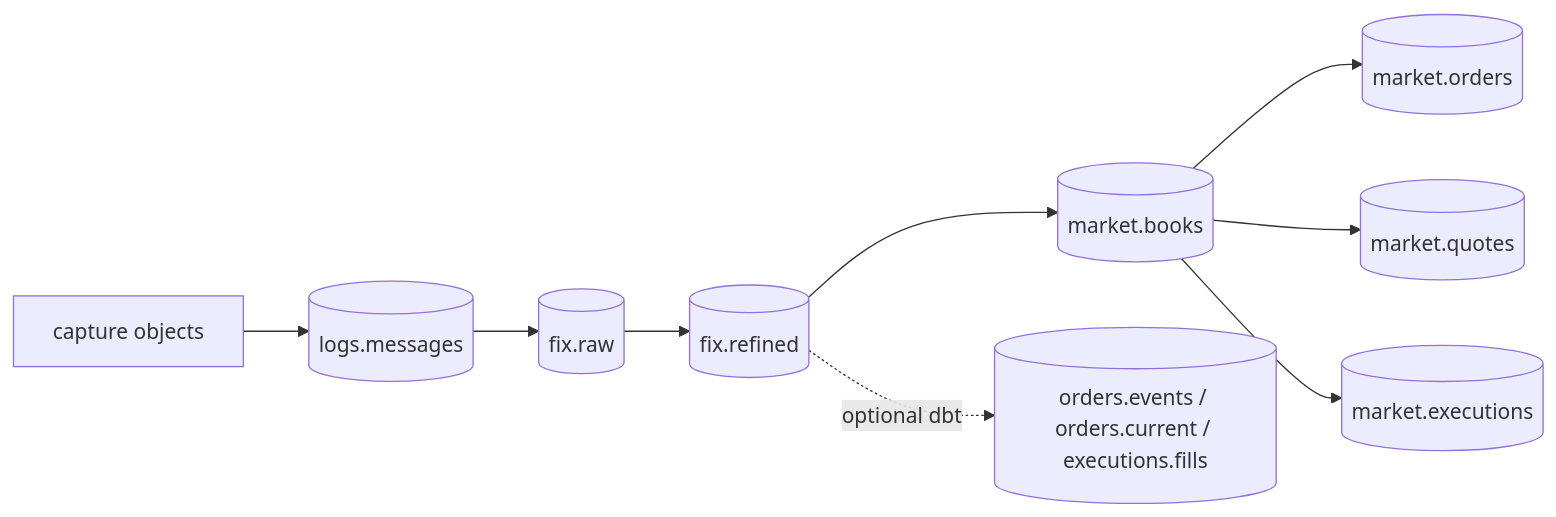
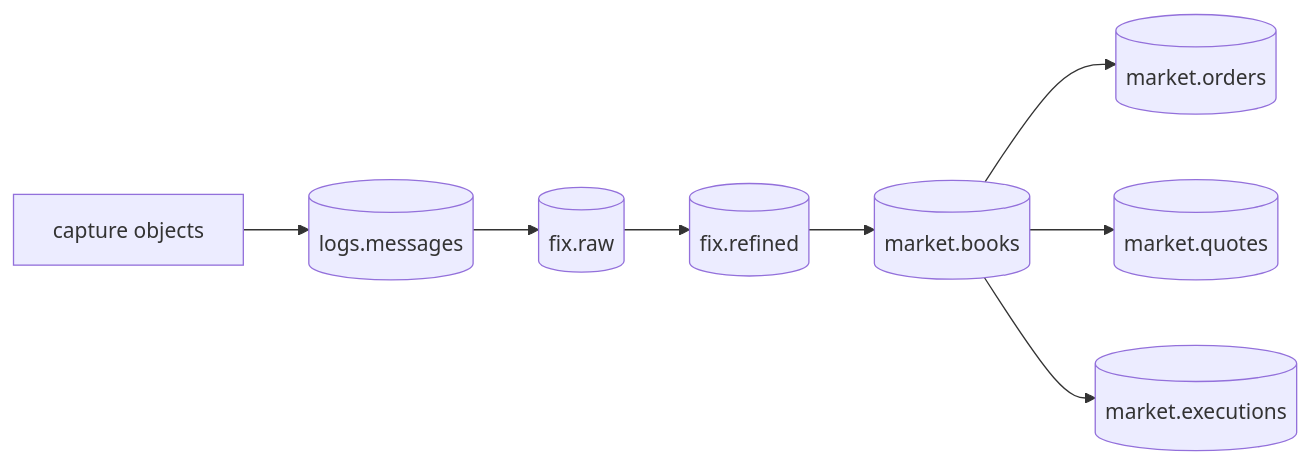
The diagram in docs/products/index.md (Platob/yggfin), drawn with Mermaid before and after one commit. The commit also changed other lines of this file and 59 other files, not shown here.

````diff
--- a/docs/products/index.md
+++ b/docs/products/index.md
@@ -7,10 +7,9 @@
 ```mermaid
 flowchart LR
     C["capture objects"] --> M[("logs.messages")]
     M --> B[("fix.raw")] --> S[("fix.refined")]
     S --> K[("market.books")]
     K --> O[("market.orders")]
     K --> Q[("market.quotes")]
     K --> E[("market.executions")]
-    S -.optional dbt.-> D[("orders.events / orders.current / executions.fills")]
 ```
````
